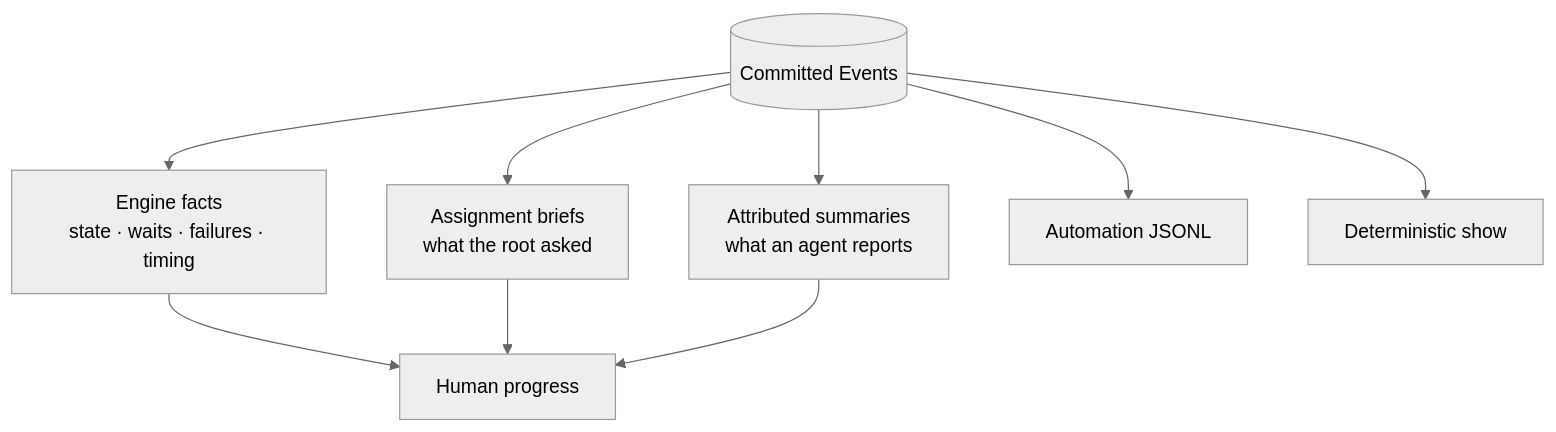
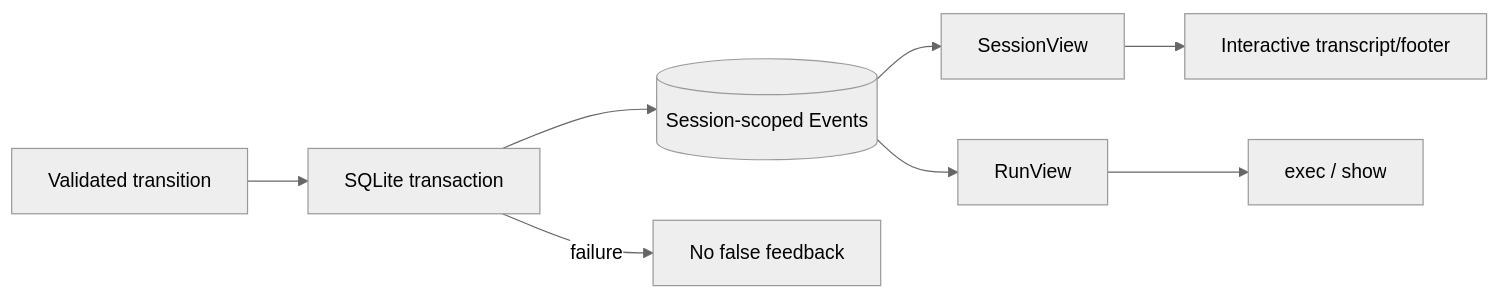
The seventh of 8 diagrams in docs/architecture/arany-conceptual-overview.md (fpmirabile/arany), drawn with Mermaid (neutral theme) before and after one commit. The commit also changed other lines of this file and 31 other files, not shown here.

````diff
--- a/docs/architecture/arany-conceptual-overview.md
+++ b/docs/architecture/arany-conceptual-overview.md
@@ -272,11 +245,10 @@
 ```mermaid
-flowchart TB
-    Events[(Committed Events)] --> Facts[Engine facts<br/>state · waits · failures · timing]
-    Events --> Briefs[Assignment briefs<br/>what the root asked]
-    Events --> Summaries[Attributed summaries<br/>what an agent reports]
-    Facts --> Human[Human progress]
-    Briefs --> Human
-    Summaries --> Human
-    Events --> JSONL[Automation JSONL]
-    Events --> Replay[Deterministic show]
+flowchart LR
+    Transition[Validated transition] --> Tx[SQLite transaction]
+    Tx --> Events[(Session-scoped Events)]
+    Events --> SessionView[SessionView]
+    Events --> RunView[RunView]
+    SessionView --> Terminal[Interactive transcript/footer]
+    RunView --> Automation[exec / show]
+    Tx -->|failure| NoClaim[No false feedback]
 ```
````
